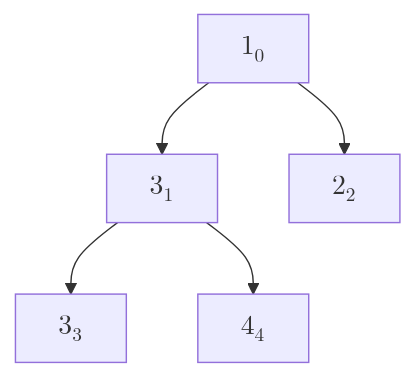
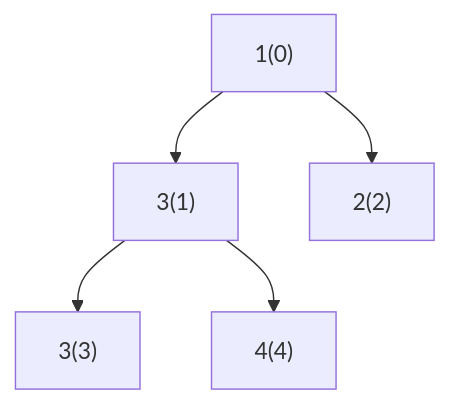
One commit to cafewang/cafewang.github.io changed the second of 15 diagrams in _posts/2024-12-17-sort-four.md. Above: the diagram before and after it, drawn with Mermaid. The commit also changed other lines of this file and 4 other files, not shown here.

````diff
--- a/_posts/2024-12-17-sort-four.md
+++ b/_posts/2024-12-17-sort-four.md
@@ -35,12 +34,12 @@
 ```mermaid
 
 graph TD 
-A["$$1_0$$"]
-B["$$3_1$$"]
-C["$$2_2$$"]
-D["$$3_3$$"]
-E["$$4_4$$"]
+A["1(0)"]
+B["3(1)"]
+C["2(2)"]
+D["3(3)"]
+E["4(4)"]
 
 A --> B & C
 B --> D & E
 ```
````
